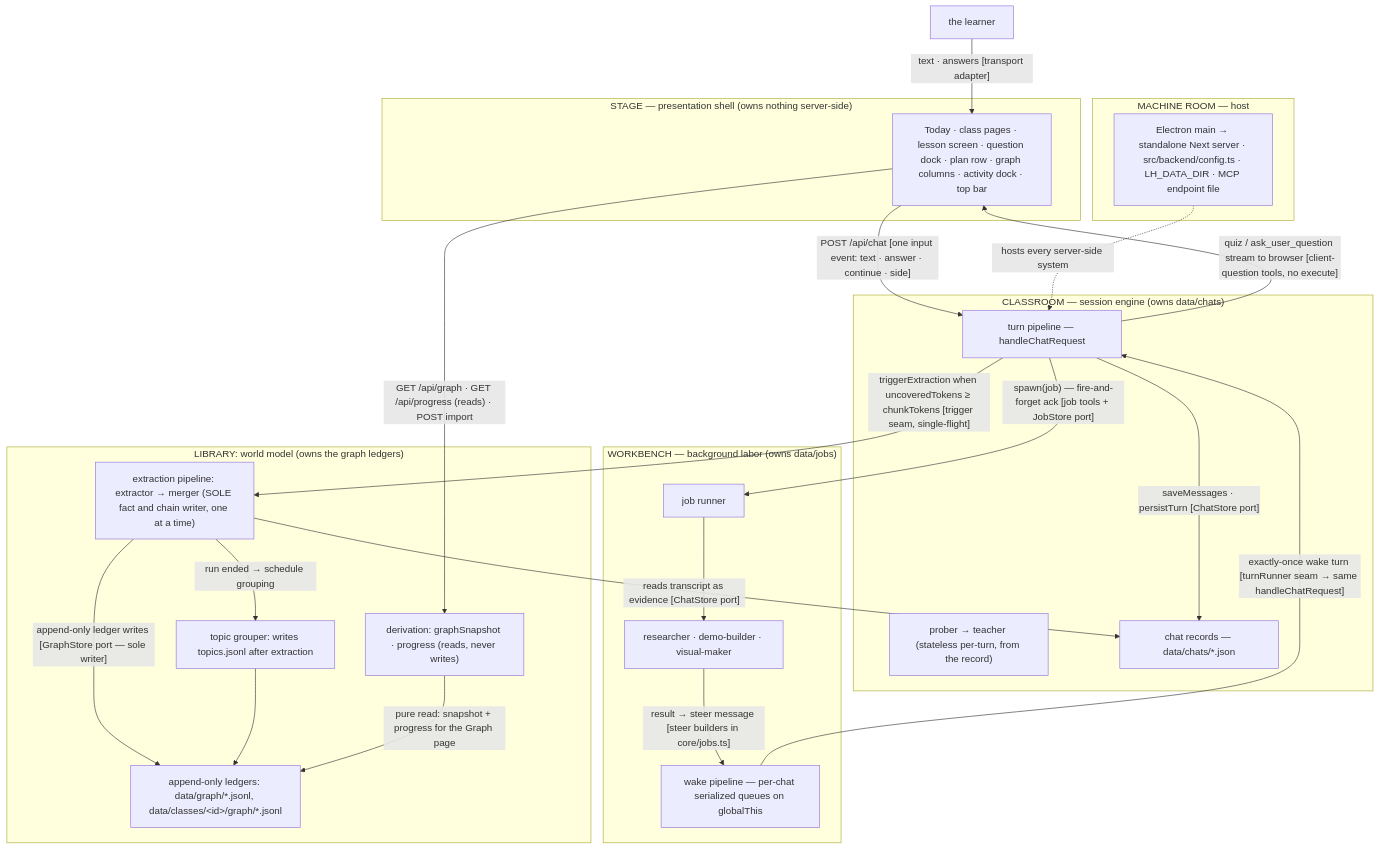
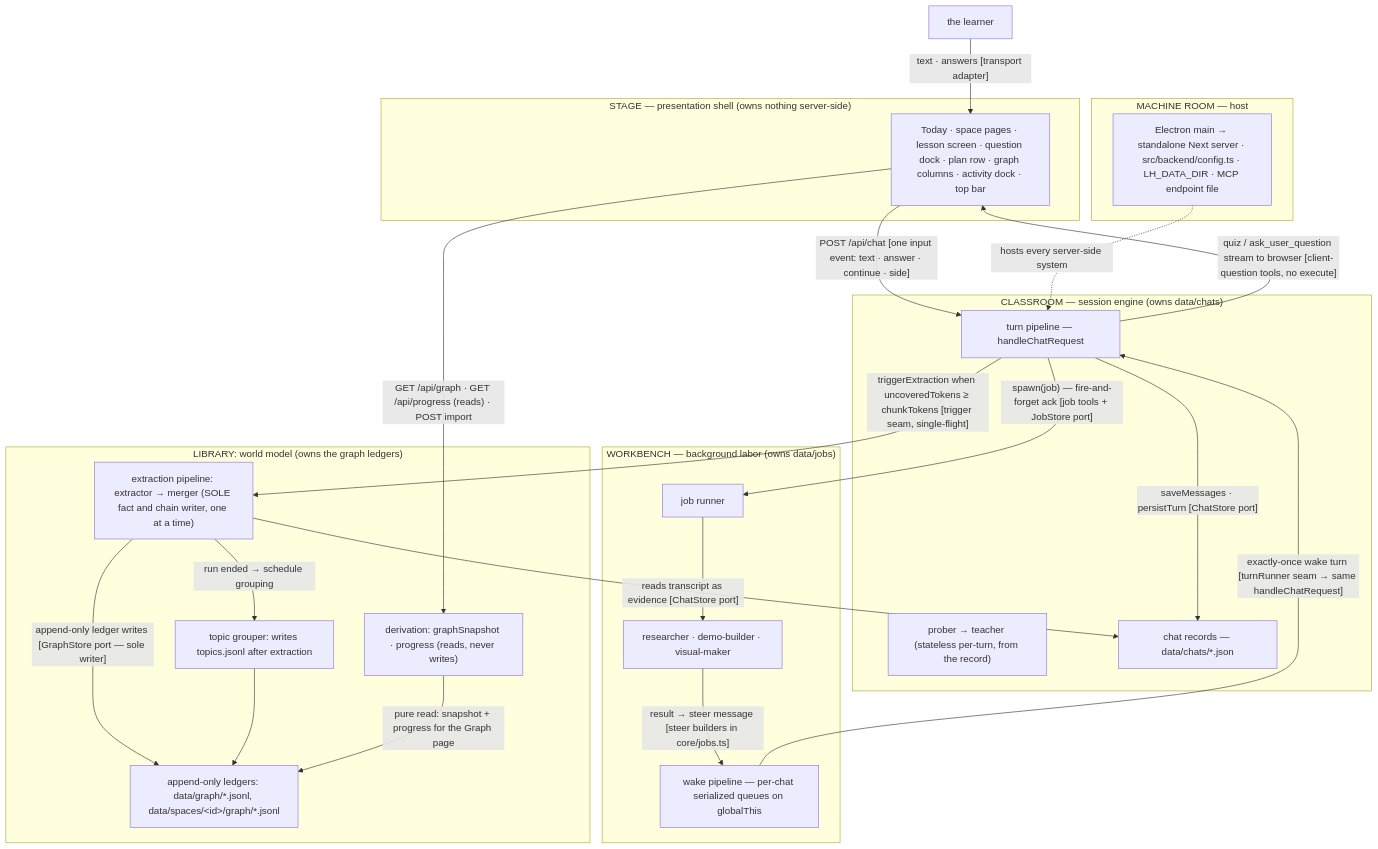
Before and after one commit to bayshores/godspeed: the third of 7 diagrams in docs/architecture.md, drawn with Mermaid. The commit also changed other lines of this file and 8 other files, not shown here.

Commit message:
docs: the README, the docs and the godspeed data skill say space, the README headline is for anything you study, and the skill reads data folders from before the rename

````diff
--- a/docs/architecture.md
+++ b/docs/architecture.md
@@ -216,48 +216,48 @@
 ```mermaid
 flowchart TB
     LEARNER["the learner"]
 
     subgraph STAGE["STAGE — presentation shell (owns nothing server-side)"]
-        UI["Today · class pages · lesson screen · question dock · plan row · graph columns · activity dock · top bar"]
+        UI["Today · space pages · lesson screen · question dock · plan row · graph columns · activity dock · top bar"]
     end
 
     subgraph CLASSROOM["CLASSROOM — session engine (owns data/chats)"]
         TURN["turn pipeline — handleChatRequest"]
         AGENTS["prober → teacher (stateless per-turn, from the record)"]
         CHATDATA["chat records — data/chats/*.json"]
     end
 
     subgraph WORKBENCH["WORKBENCH — background labor (owns data/jobs)"]
         JOBRUN["job runner"]
         SUBAGENTS["researcher · demo-builder · visual-maker"]
         WAKE["wake pipeline — per-chat serialized queues on globalThis"]
     end
 
     subgraph LIBRARY["LIBRARY: world model (owns the graph ledgers)"]
         EXTRACT["extraction pipeline: extractor → merger (SOLE fact and chain writer, one at a time)"]
         TOPICS["topic grouper: writes topics.jsonl after extraction"]
         DERIVE["derivation: graphSnapshot · progress (reads, never writes)"]
-        GRAPHDATA["append-only ledgers: data/graph/*.jsonl, data/classes/&lt;id&gt;/graph/*.jsonl"]
+        GRAPHDATA["append-only ledgers: data/graph/*.jsonl, data/spaces/&lt;id&gt;/graph/*.jsonl"]
     end
 
     subgraph ROOM["MACHINE ROOM — host"]
         HOST["Electron main → standalone Next server · src/backend/config.ts · LH_DATA_DIR · MCP endpoint file"]
     end
 
     LEARNER -->|"text · answers [transport adapter]"| UI
     UI -->|"POST /api/chat [one input event: text · answer · continue · side]"| TURN
     TURN -->|"quiz / ask_user_question stream to browser [client-question tools, no execute]"| UI
     TURN -->|"saveMessages · persistTurn [ChatStore port]"| CHATDATA
     TURN -->|"spawn(job) — fire-and-forget ack [job tools + JobStore port]"| JOBRUN
     JOBRUN --> SUBAGENTS
     SUBAGENTS -->|"result → steer message [steer builders in core/jobs.ts]"| WAKE
     WAKE -->|"exactly-once wake turn [turnRunner seam → same handleChatRequest]"| TURN
     TURN -->|"triggerExtraction when uncoveredTokens ≥ chunkTokens [trigger seam, single-flight]"| EXTRACT
     EXTRACT -->|"reads transcript as evidence [ChatStore port]"| CHATDATA
     EXTRACT -->|"append-only ledger writes [GraphStore port — sole writer]"| GRAPHDATA
     EXTRACT -->|"run ended → schedule grouping"| TOPICS
     TOPICS --> GRAPHDATA
     DERIVE -->|"pure read: snapshot + progress for the Graph page"| GRAPHDATA
     UI -->|"GET /api/graph · GET /api/progress (reads) · POST import"| DERIVE
     HOST -.->|"hosts every server-side system"| TURN
 ```
````
